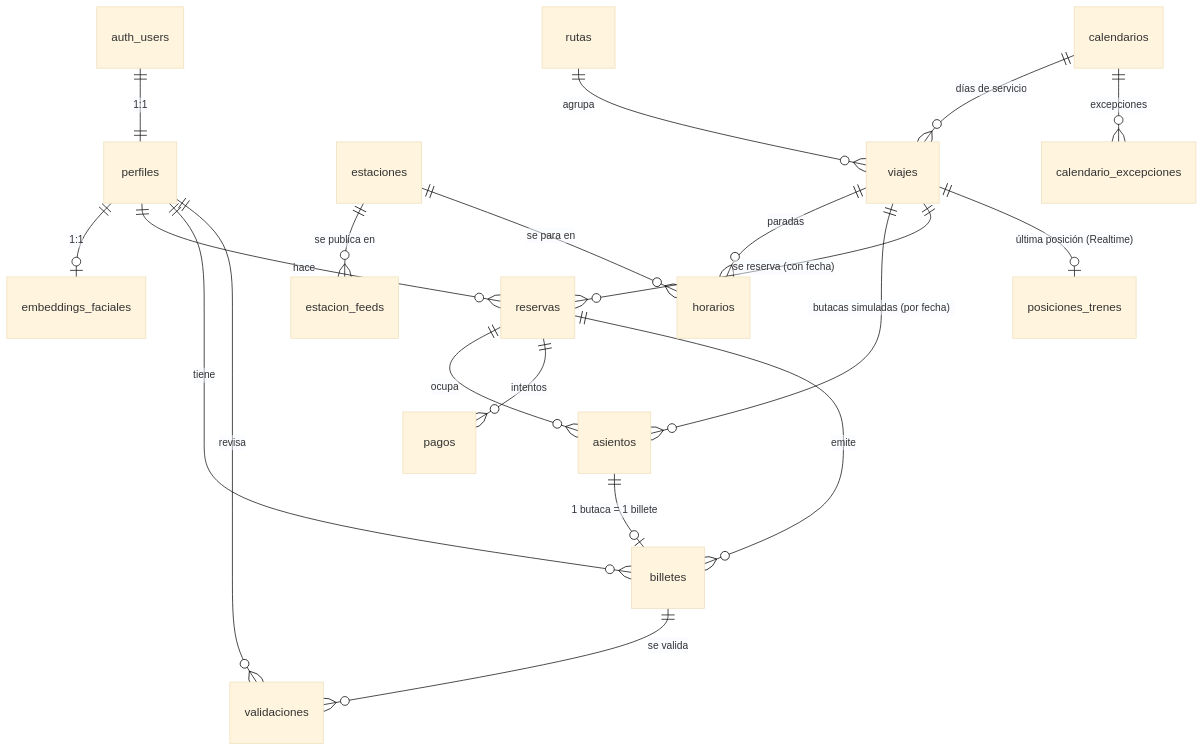
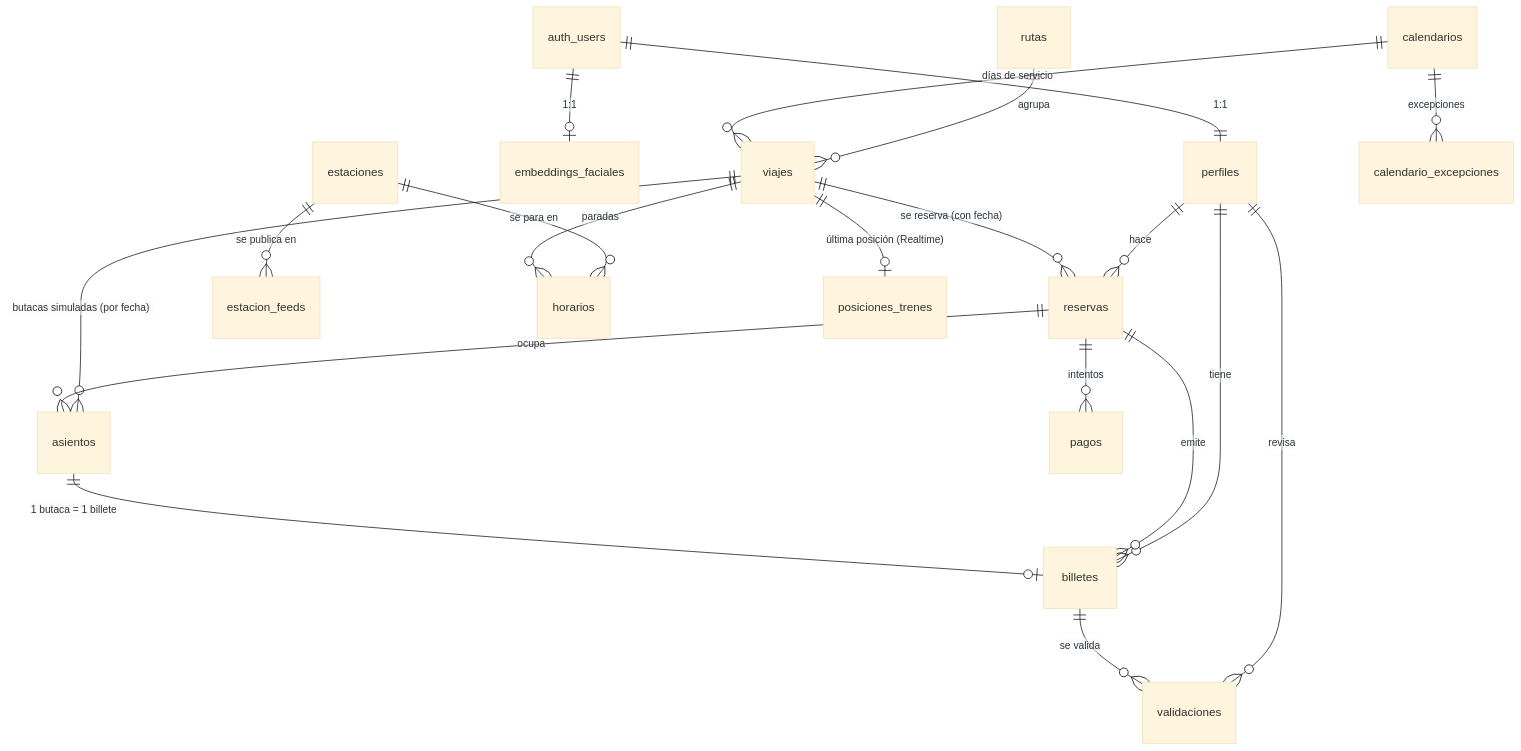
One commit to Alex-Oses/renfe-app changed the diagram in obsidian/02-contratos-api/modelo-datos.md. Above: the diagram before and after it, drawn with Mermaid (base theme). The commit also changed other lines of this file and 2 other files, not shown here.

First line of the commit message:
docs(vault): ADR-005 del facial y contrato de /auth/cara

````diff
--- a/obsidian/02-contratos-api/modelo-datos.md
+++ b/obsidian/02-contratos-api/modelo-datos.md
@@ -39,25 +39,25 @@
 ```mermaid
 erDiagram
   auth_users ||--|| perfiles : "1:1"
-  perfiles ||--o| embeddings_faciales : "1:1"
+  auth_users ||--o| embeddings_faciales : "1:1"
   perfiles ||--o{ reservas : "hace"
   perfiles ||--o{ billetes : "tiene"
   perfiles ||--o{ validaciones : "revisa"
 
   estaciones ||--o{ estacion_feeds : "se publica en"
   estaciones ||--o{ horarios : "se para en"
   rutas ||--o{ viajes : "agrupa"
   calendarios ||--o{ viajes : "días de servicio"
   calendarios ||--o{ calendario_excepciones : "excepciones"
   viajes ||--o{ horarios : "paradas"
 
   viajes ||--o{ asientos : "butacas simuladas (por fecha)"
   viajes ||--o{ reservas : "se reserva (con fecha)"
   reservas ||--o{ asientos : "ocupa"
   reservas ||--o{ pagos : "intentos"
   reservas ||--o{ billetes : "emite"
   asientos ||--o| billetes : "1 butaca = 1 billete"
   billetes ||--o{ validaciones : "se valida"
 
   viajes ||--o| posiciones_trenes : "última posición (Realtime)"
 ```
````
